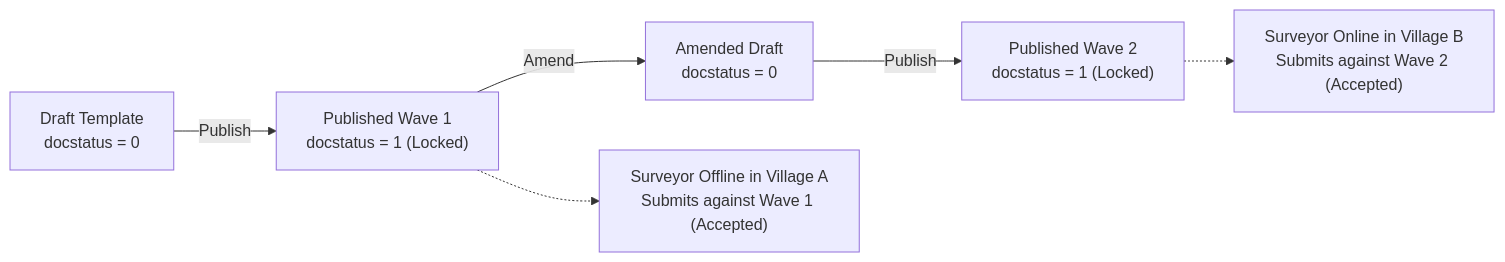
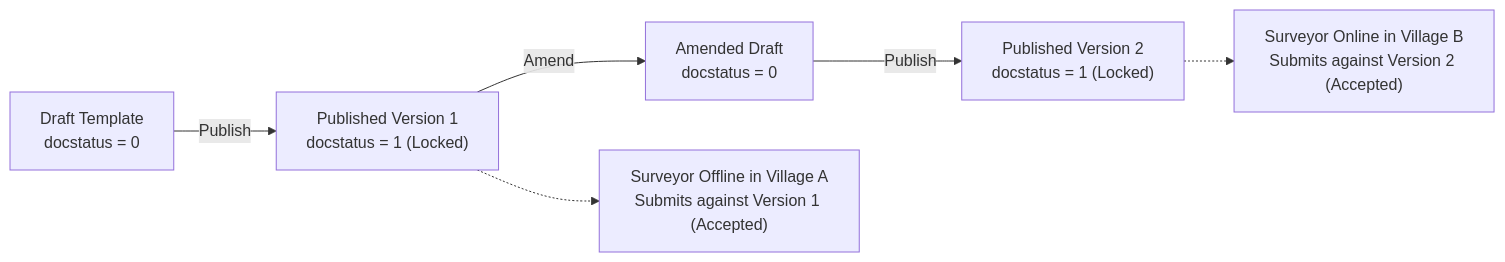
The first of 5 diagrams in ARCHITECTURE.md (OmmNoMi/omniquery), drawn with Mermaid before and after one commit. The commit also changed other lines of this file and 3 other files, not shown here.

````diff
--- a/ARCHITECTURE.md
+++ b/ARCHITECTURE.md
@@ -47,9 +47,9 @@
 ```mermaid
 flowchart LR
-    Draft["Draft Template<br/>docstatus = 0"] -->|Publish| Wave1["Published Wave 1<br/>docstatus = 1 (Locked)"]
-    Wave1 -->|Amend| Wave2Draft["Amended Draft<br/>docstatus = 0"]
-    Wave2Draft -->|Publish| Wave2["Published Wave 2<br/>docstatus = 1 (Locked)"]
+    Draft["Draft Template<br/>docstatus = 0"] -->|Publish| Version1["Published Version 1<br/>docstatus = 1 (Locked)"]
+    Version1 -->|Amend| Version2Draft["Amended Draft<br/>docstatus = 0"]
+    Version2Draft -->|Publish| Version2["Published Version 2<br/>docstatus = 1 (Locked)"]
 
-    Wave1 -.-> FieldResp1["Surveyor Offline in Village A<br/>Submits against Wave 1 (Accepted)"]
-    Wave2 -.-> FieldResp2["Surveyor Online in Village B<br/>Submits against Wave 2 (Accepted)"]
+    Version1 -.-> FieldResp1["Surveyor Offline in Village A<br/>Submits against Version 1 (Accepted)"]
+    Version2 -.-> FieldResp2["Surveyor Online in Village B<br/>Submits against Version 2 (Accepted)"]
 ```
````
